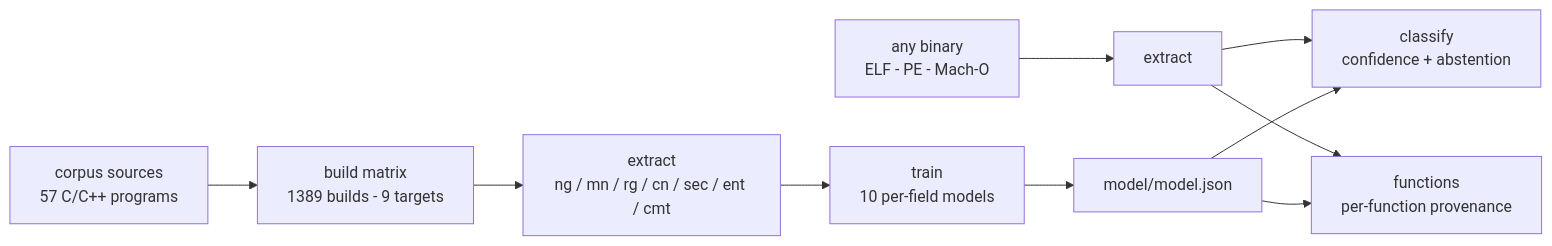
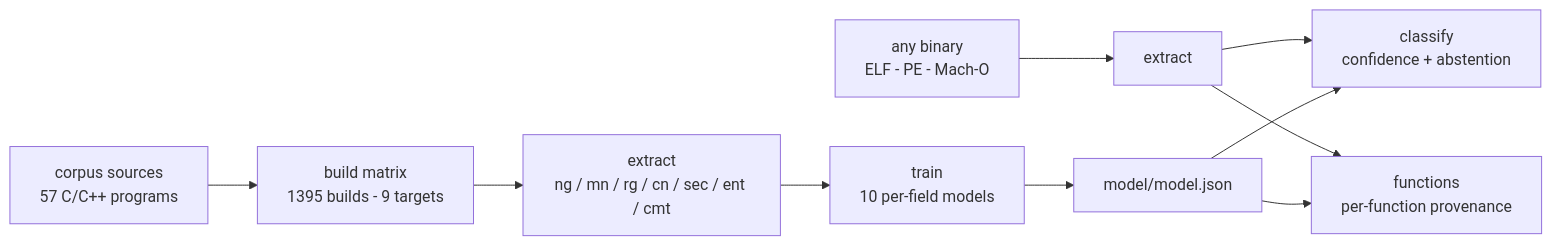
The diagram in README.md (RXVEN-1907/compid), drawn with Mermaid before and after one commit. The commit also changed other lines of this file and 15 other files, not shown here.

````diff
--- a/README.md
+++ b/README.md
@@ -215,11 +250,11 @@
 ```mermaid
 flowchart LR
-    A["corpus sources<br/>57 C/C++ programs"] --> B["build matrix<br/>1389 builds - 9 targets"]
+    A["corpus sources<br/>57 C/C++ programs"] --> B["build matrix<br/>1395 builds - 9 targets"]
     B --> C["extract<br/>ng / mn / rg / cn / sec / ent / cmt"]
     C --> D["train<br/>10 per-field models"]
     D --> E["model/model.json"]
     F["any binary<br/>ELF - PE - Mach-O"] --> G["extract"] --> H["classify<br/>confidence + abstention"]
     E --> H
     G --> I["functions<br/>per-function provenance"]
     E --> I
 ```
````
